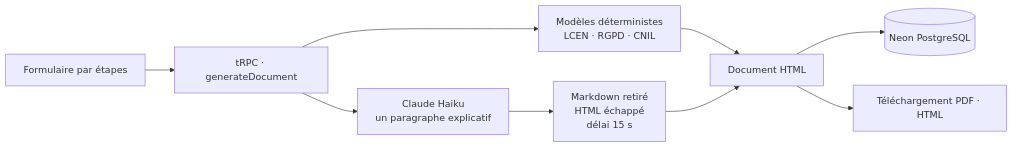
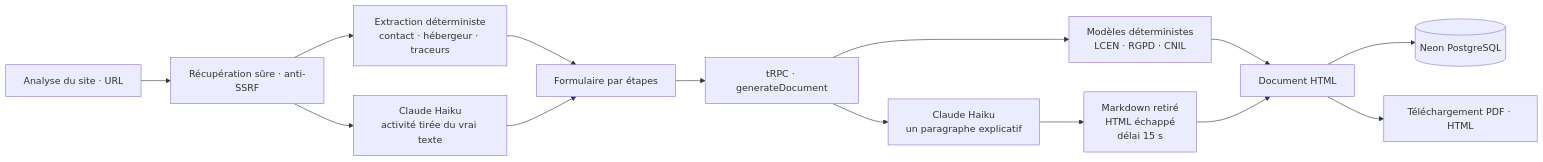
Before and after one commit to TeeBo8/conforme: the diagram in README.fr.md, drawn with Mermaid. The commit also changed other lines of this file and 21 other files, not shown here.

````diff
--- a/README.fr.md
+++ b/README.fr.md
@@ -55,11 +68,16 @@
 ```mermaid
 flowchart LR
   F[Formulaire par étapes] --> R[tRPC · generateDocument]
   R --> T[Modèles déterministes<br/>LCEN · RGPD · CNIL]
+  U[Analyse du site · URL] --> SC[Récupération sûre · anti-SSRF]
+  SC --> A[Extraction déterministe<br/>contact · hébergeur · traceurs]
+  SC --> LA[Claude Haiku<br/>activité tirée du vrai texte]
+  A --> F
+  LA --> F
   R --> L[Claude Haiku<br/>un paragraphe explicatif]
   L --> S[Markdown retiré<br/>HTML échappé<br/>délai 15 s]
   T --> D[Document HTML]
   S --> D
   D --> DB[(Neon PostgreSQL)]
   D --> O[Téléchargement PDF · HTML]
 ```
````
